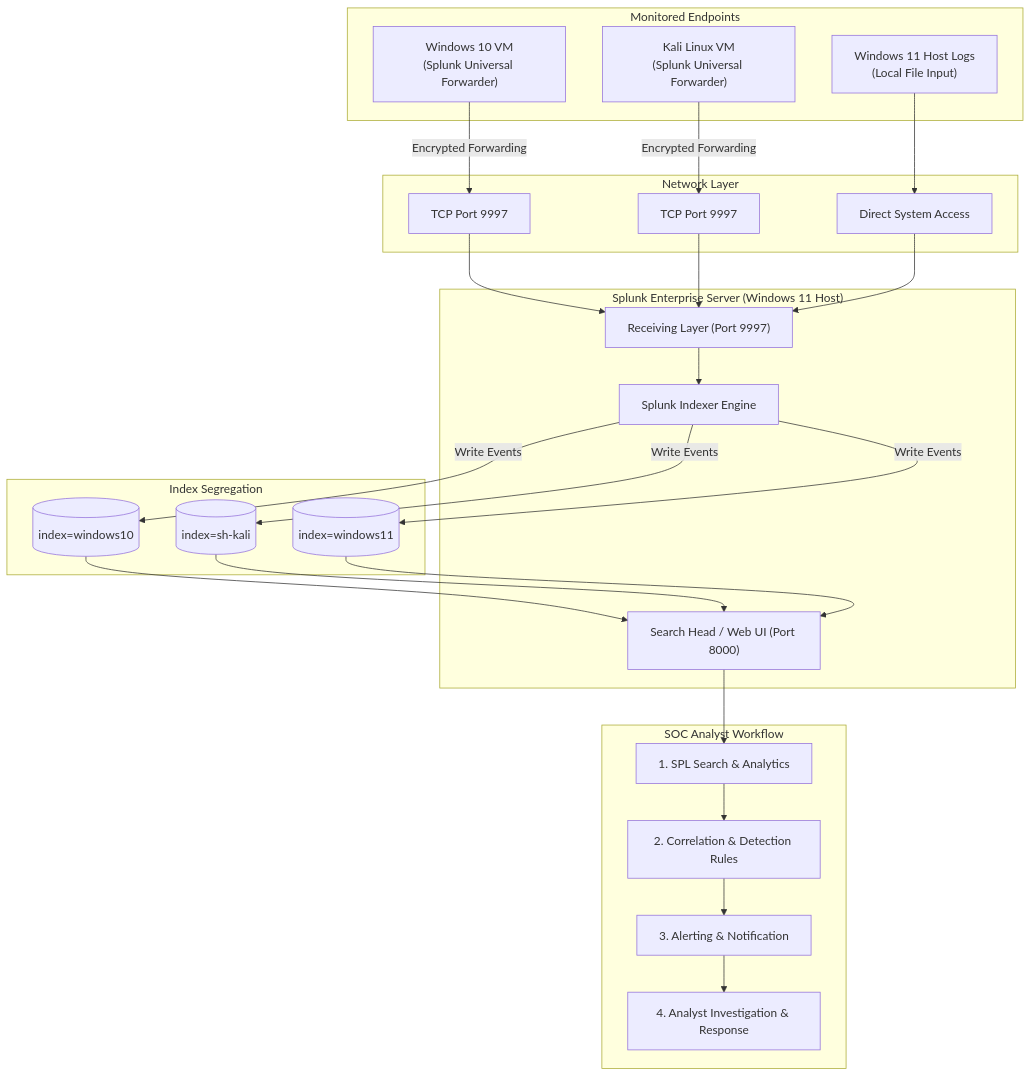
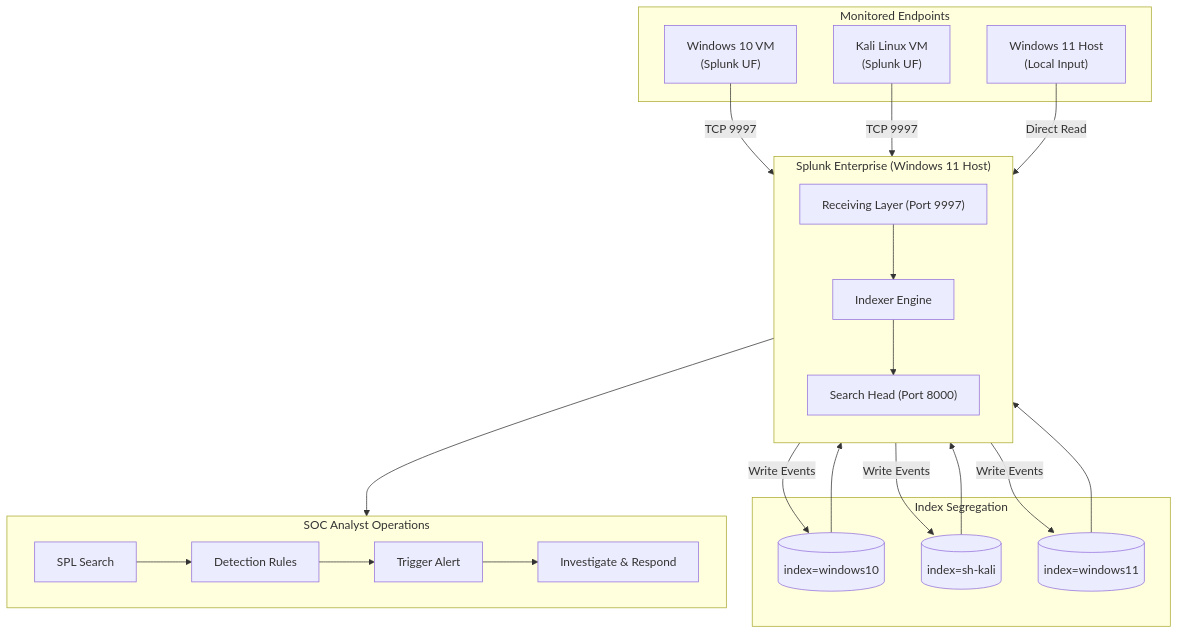
One commit to shii9/SOC_Lab_Setup_Splunk changed the diagram in README.md. Above: the diagram before and after it, drawn with Mermaid. The commit also changed other lines of this file and 9 other files, not shown here.

````diff
--- a/README.md
+++ b/README.md
@@ -67,45 +62,38 @@
 ```mermaid
 flowchart TD
     subgraph Endpoints["Monitored Endpoints"]
-        W10["Windows 10 VM<br/>(Splunk Universal Forwarder)"]
-        KALI["Kali Linux VM<br/>(Splunk Universal Forwarder)"]
-        W11_Local["Windows 11 Host Logs<br/>(Local File Input)"]
+        W10["Windows 10 VM<br/>(Splunk UF)"]
+        KALI["Kali Linux VM<br/>(Splunk UF)"]
+        W11_Local["Windows 11 Host<br/>(Local Input)"]
     end
 
-    subgraph Transport["Network Layer"]
-        TCP9997_1["TCP Port 9997"]
-        TCP9997_2["TCP Port 9997"]
-        LocalInput["Direct System Access"]
+    W10 -->|"TCP 9997"| Recv
+    KALI -->|"TCP 9997"| Recv
+    W11_Local -->|"Direct Read"| Recv
+
+    subgraph SIEM["Splunk Enterprise (Windows 11 Host)"]
+        direction TB
+        Recv["Receiving Layer (Port 9997)"] --> Indexer["Indexer Engine"] --> SH["Search Head (Port 8000)"]
     end
 
-    subgraph SIEM["Splunk Enterprise Server (Windows 11 Host)"]
-        Recv["Receiving Layer (Port 9997)"]
-        Index["Splunk Indexer Engine"]
-        SH["Search Head / Web UI (Port 8000)"]
-    end
+    Indexer -->|"Write Events"| IDX_W10
+    Indexer -->|"Write Events"| IDX_KALI
+    Indexer -->|"Write Events"| IDX_W11
 
     subgraph Storage["Index Segregation"]
         IDX_W10[("index=windows10")]
         IDX_KALI[("index=sh-kali")]
         IDX_W11[("index=windows11")]
     end
 
-    subgraph Operations["SOC Analyst Workflow"]
-        Search["1. SPL Search & Analytics"]
-        Detect["2. Correlation & Detection Rules"]
-        Alert["3. Alerting & Notification"]
-        Triage["4. Analyst Investigation & Response"]
+    IDX_W10 --> SH
+    IDX_KALI --> SH
+    IDX_W11 --> SH
+
+    subgraph SOC["SOC Analyst Operations"]
+        direction LR
+        Search["SPL Search"] --> Detect["Detection Rules"] --> Alert["Trigger Alert"] --> Respond["Investigate & Respond"]
     end
 
-    W10 -->|Encrypted Forwarding| TCP9997_1 --> Recv
-    KALI -->|Encrypted Forwarding| TCP9997_2 --> Recv
-    W11_Local --> LocalInput --> Recv
-
-    Recv --> Index
-    Index -->|Write Events| IDX_W10
-    Index -->|Write Events| IDX_KALI
-    Index -->|Write Events| IDX_W11
-
-    IDX_W10 & IDX_KALI & IDX_W11 --> SH
-    SH --> Search --> Detect --> Alert --> Triage
+    SH --> SOC
 ```
````
